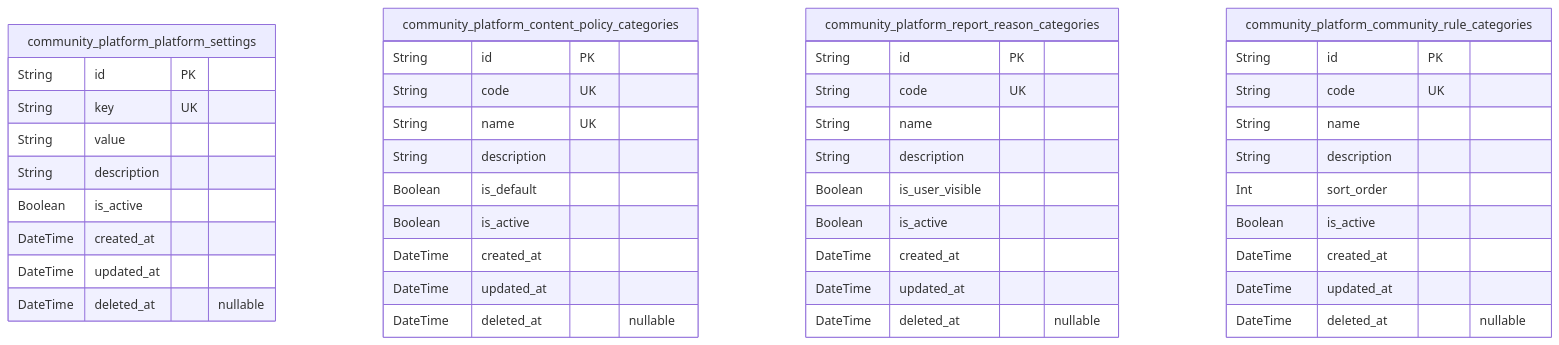
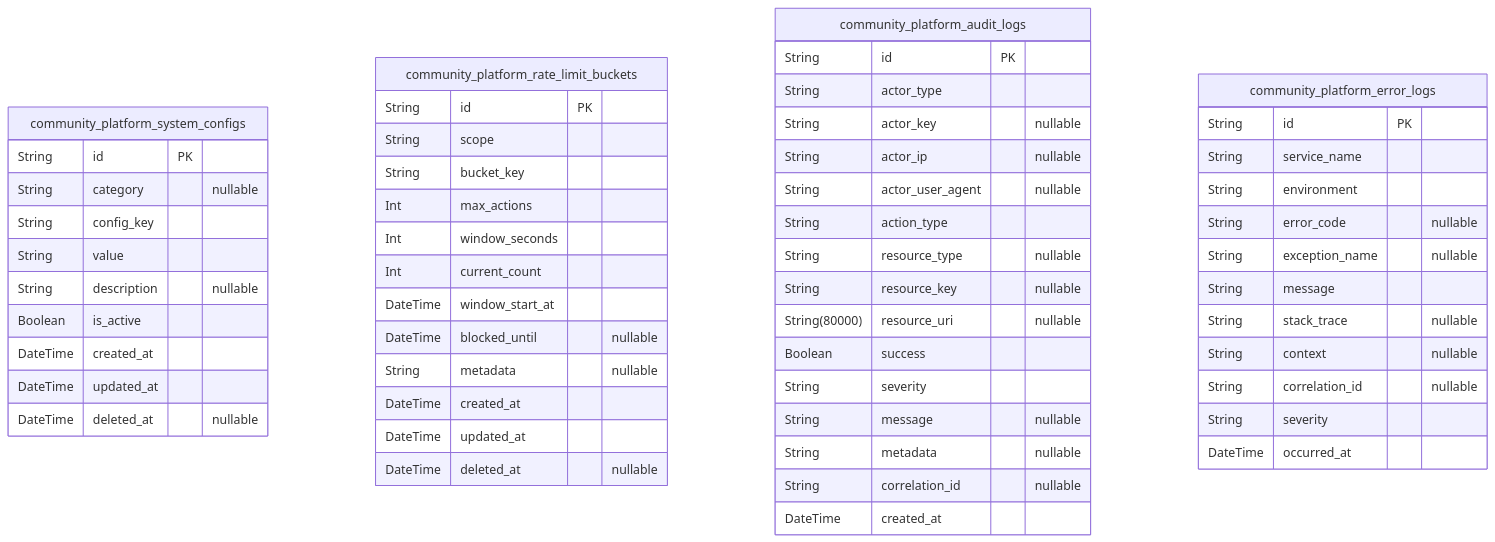
The first of 9 diagrams in openai/gpt-5.1/reddit/docs/ERD.md (wrtnlabs/autobe-examples), drawn with Mermaid before and after one commit. The commit also changed other lines of this file and 3761 other files, not shown here.

````diff
--- a/openai/gpt-5.1/reddit/docs/ERD.md
+++ b/openai/gpt-5.1/reddit/docs/ERD.md
@@ -16,46 +17,58 @@
 ```mermaid
 erDiagram
-"community_platform_platform_settings" {
+"community_platform_system_configs" {
   String id PK
-  String key UK
+  String category "nullable"
+  String config_key
   String value
-  String description
+  String description "nullable"
   Boolean is_active
   DateTime created_at
   DateTime updated_at
   DateTime deleted_at "nullable"
 }
-"community_platform_content_policy_categories" {
+"community_platform_rate_limit_buckets" {
   String id PK
-  String code UK
-  String name UK
-  String description
-  Boolean is_default
-  Boolean is_active
+  String scope
+  String bucket_key
+  Int max_actions
+  Int window_seconds
+  Int current_count
+  DateTime window_start_at
+  DateTime blocked_until "nullable"
+  String metadata "nullable"
   DateTime created_at
   DateTime updated_at
   DateTime deleted_at "nullable"
 }
-"community_platform_report_reason_categories" {
+"community_platform_audit_logs" {
   String id PK
-  String code UK
-  String name
-  String description
-  Boolean is_user_visible
-  Boolean is_active
+  String actor_type
+  String actor_key "nullable"
+  String actor_ip "nullable"
+  String actor_user_agent "nullable"
+  String action_type
+  String resource_type "nullable"
+  String resource_key "nullable"
+  String(80000) resource_uri "nullable"
+  Boolean success
+  String severity
+  String message "nullable"
+  String metadata "nullable"
+  String correlation_id "nullable"
   DateTime created_at
-  DateTime updated_at
-  DateTime deleted_at "nullable"
 }
-"community_platform_community_rule_categories" {
+"community_platform_error_logs" {
   String id PK
-  String code UK
-  String name
-  String description
-  Int sort_order
-  Boolean is_active
-  DateTime created_at
-  DateTime updated_at
-  DateTime deleted_at "nullable"
+  String service_name
+  String environment
+  String error_code "nullable"
+  String exception_name "nullable"
+  String message
+  String stack_trace "nullable"
+  String context "nullable"
+  String correlation_id "nullable"
+  String severity
+  DateTime occurred_at
 }
 ```
````
